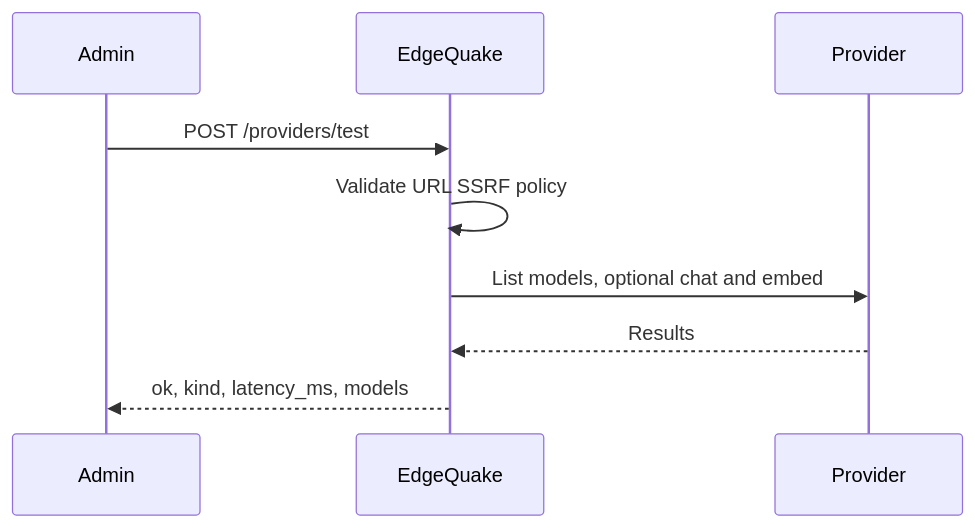
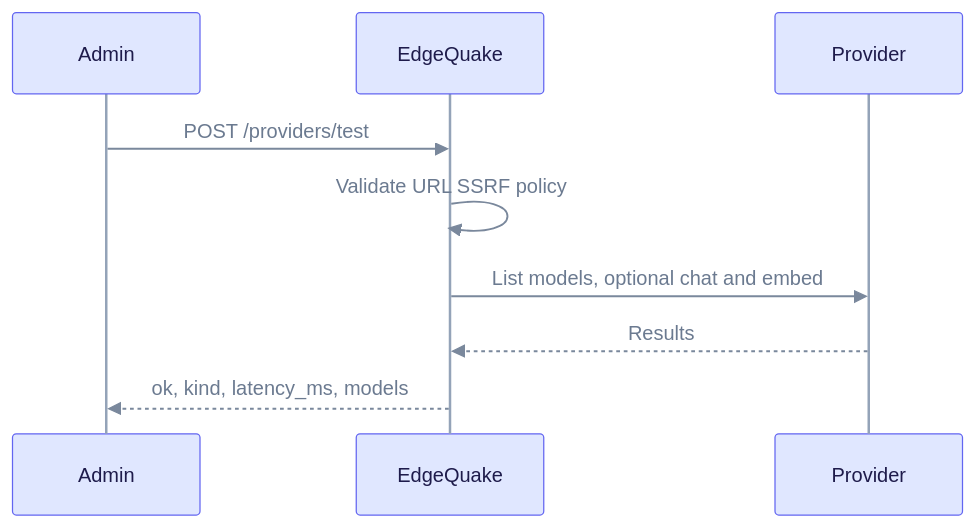
Before and after one commit to raphaelmansuy/edgequake: the first of 2 diagrams in docs/api-reference/connections.md, drawn with Mermaid. The commit also changed other lines of this file and 194 other files, not shown here.

First line of the commit message:
Refresh docs against code and rebuild schema E/R as progressive steps

````diff
--- a/docs/api-reference/connections.md
+++ b/docs/api-reference/connections.md
@@ -84,11 +85,13 @@
 ```mermaid
+%%{init: {"theme":"base","themeVariables":{"primaryColor":"#E0E7FF","primaryBorderColor":"#6366F1","primaryTextColor":"#1E1B4B","secondaryColor":"#D1FAE5","secondaryBorderColor":"#10B981","secondaryTextColor":"#064E3B","tertiaryColor":"#FEF3C7","tertiaryBorderColor":"#F59E0B","tertiaryTextColor":"#6B7A90","lineColor":"#7A889C","clusterBkg":"rgba(99,102,241,0.07)","clusterBorder":"#A5B4FC","noteBkgColor":"#FEF9C3","noteTextColor":"#422006","textColor":"#6B7A90","titleColor":"#6B7A90","signalColor":"#7A889C","signalTextColor":"#6B7A90","loopTextColor":"#6B7A90","edgeLabelBackground":"#F1F5F9","actorLineColor":"#94A3B8"}}}%%
+%% eq-theme:v1
 sequenceDiagram
     participant A as Admin
     participant S as EdgeQuake
     participant P as Provider
     A->>S: POST /providers/test
     S->>S: Validate URL SSRF policy
     S->>P: List models, optional chat and embed
     P-->>S: Results
     S-->>A: ok, kind, latency_ms, models
 ```
````
